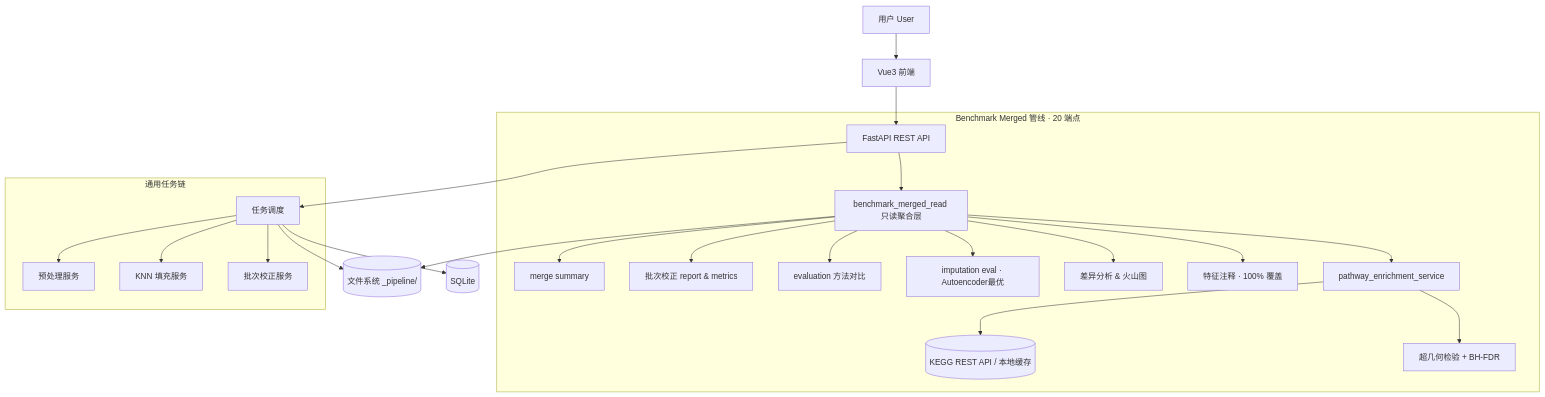
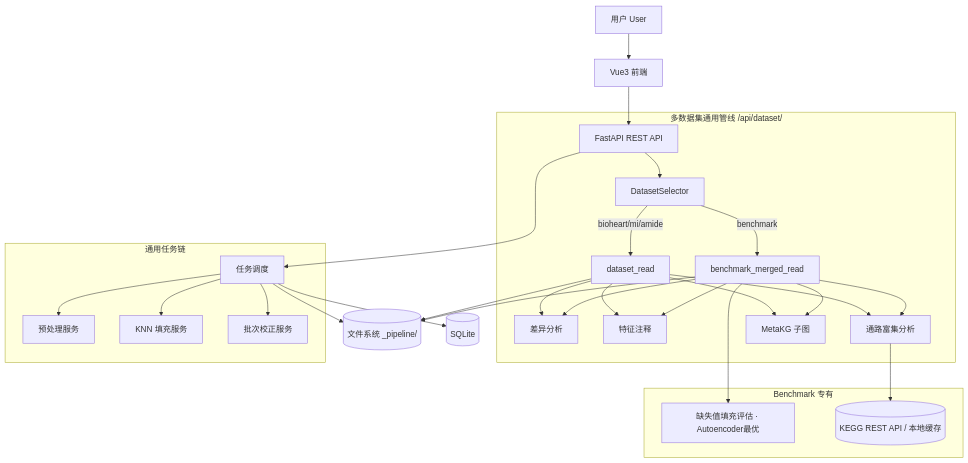
One commit to NiaoYou/final-design changed the diagram in SYSTEM_ARCHITECTURE.md. Above: the diagram before and after it, drawn with Mermaid. The commit also changed other lines of this file and 66 other files, not shown here.

````diff
--- a/SYSTEM_ARCHITECTURE.md
+++ b/SYSTEM_ARCHITECTURE.md
@@ -374,30 +393,32 @@
 ```mermaid
 flowchart TB
     U[用户 User] --> FE[Vue3 前端]
 
     FE --> API[FastAPI REST API]
 
-    subgraph merged_pipeline[Benchmark Merged 管线 · 20 端点]
-        API --> BMR[benchmark_merged_read 只读聚合层]
-        BMR --> SUM[merge summary]
-        BMR --> BCR[批次校正 report & metrics]
-        BMR --> EVL[evaluation 方法对比]
-        BMR --> IMP[imputation eval · Autoencoder最优]
-        BMR --> DIFF[差异分析 & 火山图]
-        BMR --> ANN[特征注释 · 100% 覆盖]
-        BMR --> PE[pathway_enrichment_service]
-        PE --> KEGG[(KEGG REST API / 本地缓存)]
-        PE --> ENR[超几何检验 + BH-FDR]
+    subgraph multi_dataset[多数据集通用管线 /api/dataset/]
+        API --> DS[DatasetSelector]
+        DS -->|benchmark| BMR[benchmark_merged_read]
+        DS -->|bioheart/mi/amide| DR[dataset_read]
+        BMR & DR --> DIFF2[差异分析]
+        BMR & DR --> ANN2[特征注释]
+        BMR & DR --> PE2[通路富集分析]
+        BMR & DR --> MKG2[MetaKG 子图]
+    end
+
+    subgraph benchmark_only[Benchmark 专有]
+        BMR --> IMP[缺失值填充评估 · Autoencoder最优]
+        PE2 --> KEGG[(KEGG REST API / 本地缓存)]
     end
 
     subgraph task_pipeline[通用任务链]
         API --> TS[任务调度]
         TS --> PS[预处理服务]
         TS --> IS[KNN 填充服务]
         TS --> BS[批次校正服务]
     end
 
-    BMR --> FILES[(文件系统 _pipeline/)]
+    BMR & DR --> FILES[(文件系统 _pipeline/)]
     TS --> DB[(SQLite)]
     TS --> FILES
 ```
````
